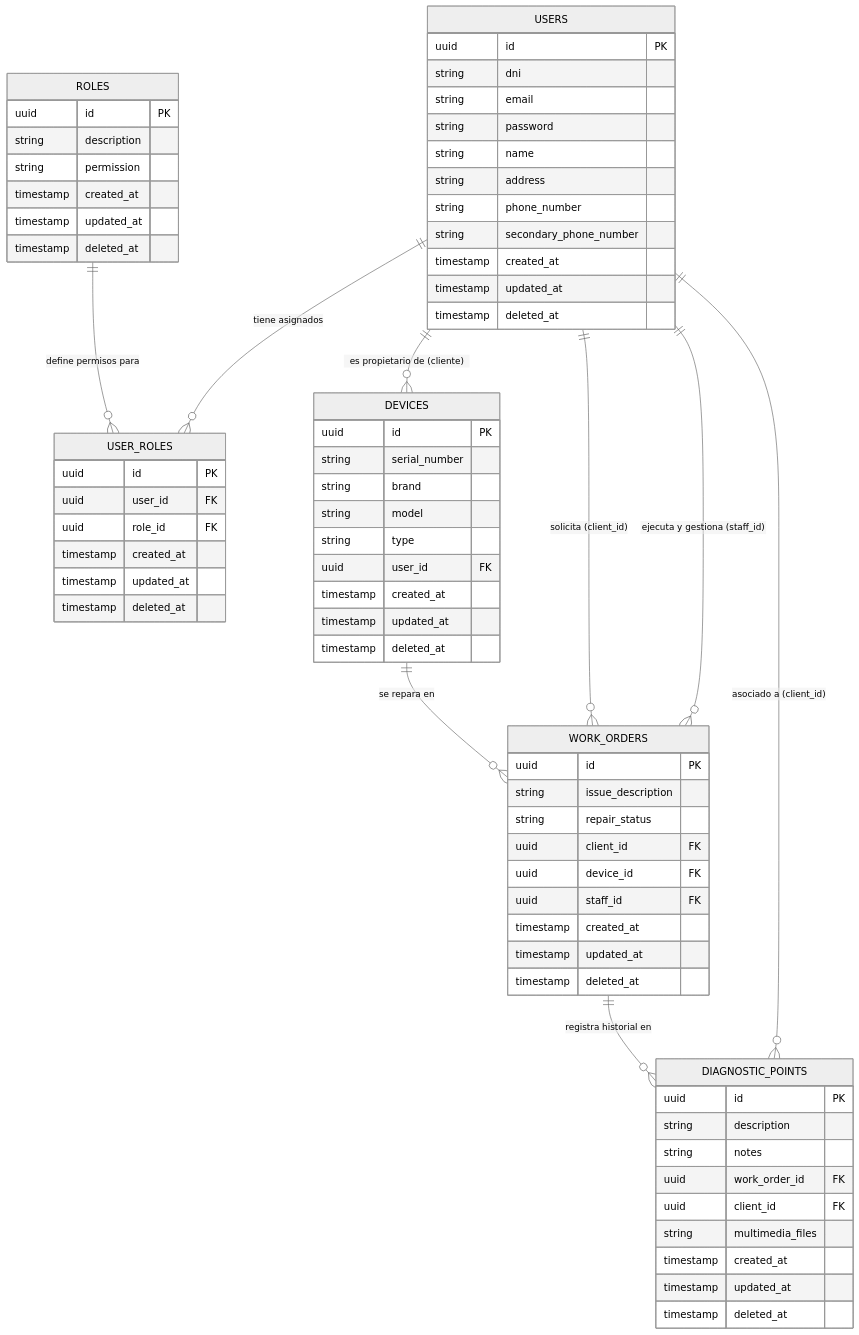
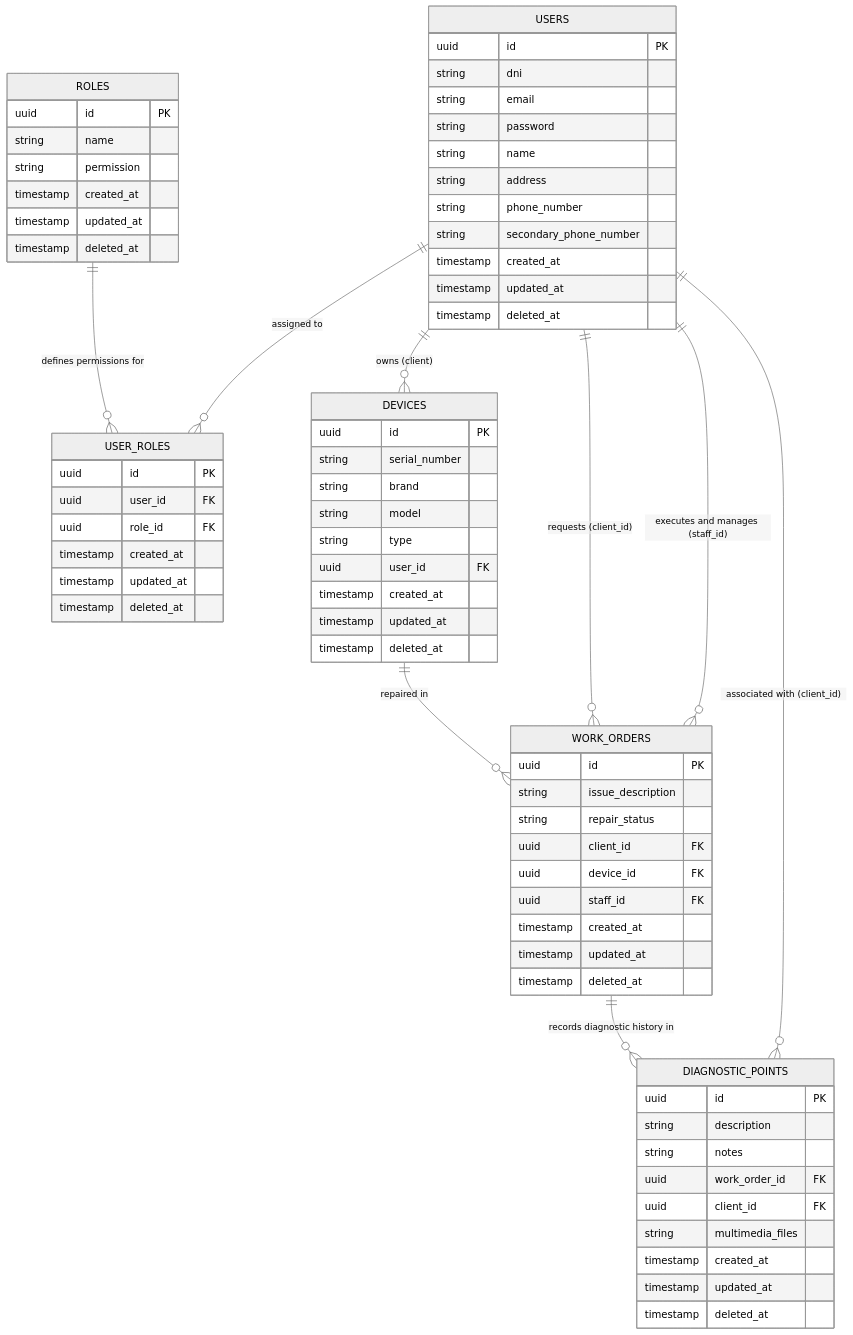
One commit to mirazopablo/viking-app-go changed the diagram in readme.md. Above: the diagram before and after it, drawn with Mermaid (neutral theme). The commit also changed other lines of this file, not shown here.

````diff
--- a/readme.md
+++ b/readme.md
@@ -31,74 +31,74 @@
 ```mermaid
 erDiagram
     USERS {
         uuid id PK
         string dni
         string email
         string password
         string name
         string address
         string phone_number
         string secondary_phone_number
         timestamp created_at
         timestamp updated_at
         timestamp deleted_at
     }
     ROLES {
         uuid id PK
-        string description
+        string name
         string permission
         timestamp created_at
         timestamp updated_at
         timestamp deleted_at
     }
     USER_ROLES {
         uuid id PK
         uuid user_id FK
         uuid role_id FK
         timestamp created_at
         timestamp updated_at
         timestamp deleted_at
     }
     DEVICES {
         uuid id PK
         string serial_number
         string brand
         string model
         string type
         uuid user_id FK
         timestamp created_at
         timestamp updated_at
         timestamp deleted_at
     }
     WORK_ORDERS {
         uuid id PK
         string issue_description
         string repair_status
         uuid client_id FK
         uuid device_id FK
         uuid staff_id FK
         timestamp created_at
         timestamp updated_at
         timestamp deleted_at
     }
     DIAGNOSTIC_POINTS {
         uuid id PK
         string description
         string notes
         uuid work_order_id FK
         uuid client_id FK
         string multimedia_files
         timestamp created_at
         timestamp updated_at
         timestamp deleted_at
     }
 
-    USERS ||--o{ USER_ROLES : "tiene asignados"
-    ROLES ||--o{ USER_ROLES : "define permisos para"
-    USERS ||--o{ DEVICES : "es propietario de (cliente)"
-    USERS ||--o{ WORK_ORDERS : "solicita (client_id)"
-    USERS ||--o{ WORK_ORDERS : "ejecuta y gestiona (staff_id)"
-    DEVICES ||--o{ WORK_ORDERS : "se repara en"
-    WORK_ORDERS ||--o{ DIAGNOSTIC_POINTS : "registra historial en"
-    USERS ||--o{ DIAGNOSTIC_POINTS : "asociado a (client_id)"
+    USERS ||--o{ USER_ROLES : "assigned to"
+    ROLES ||--o{ USER_ROLES : "defines permissions for"
+    USERS ||--o{ DEVICES : "owns (client)"
+    USERS ||--o{ WORK_ORDERS : "requests (client_id)"
+    USERS ||--o{ WORK_ORDERS : "executes and manages (staff_id)"
+    DEVICES ||--o{ WORK_ORDERS : "repaired in"
+    WORK_ORDERS ||--o{ DIAGNOSTIC_POINTS : "records diagnostic history in"
+    USERS ||--o{ DIAGNOSTIC_POINTS : "associated with (client_id)"
 ```
````
